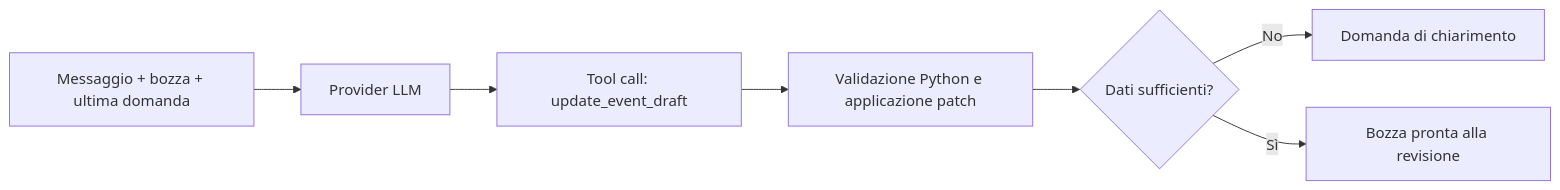
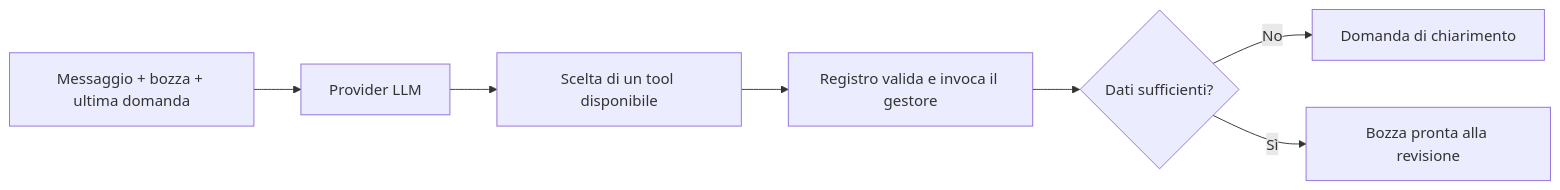
One commit to riccardo-pala/kairos changed the diagram in README.md. Above: the diagram before and after it, drawn with Mermaid. The commit also changed other lines of this file and 2 other files, not shown here.

````diff
--- a/README.md
+++ b/README.md
@@ -36,9 +36,9 @@
 ```mermaid
 flowchart LR
     A["Messaggio + bozza + ultima domanda"] --> B["Provider LLM"]
-    B --> C["Tool call: update_event_draft"]
-    C --> D["Validazione Python e applicazione patch"]
+    B --> C["Scelta di un tool disponibile"]
+    C --> D["Registro valida e invoca il gestore"]
     D --> E{"Dati sufficienti?"}
     E -->|No| F["Domanda di chiarimento"]
     E -->|Sì| G["Bozza pronta alla revisione"]
 ```
````
